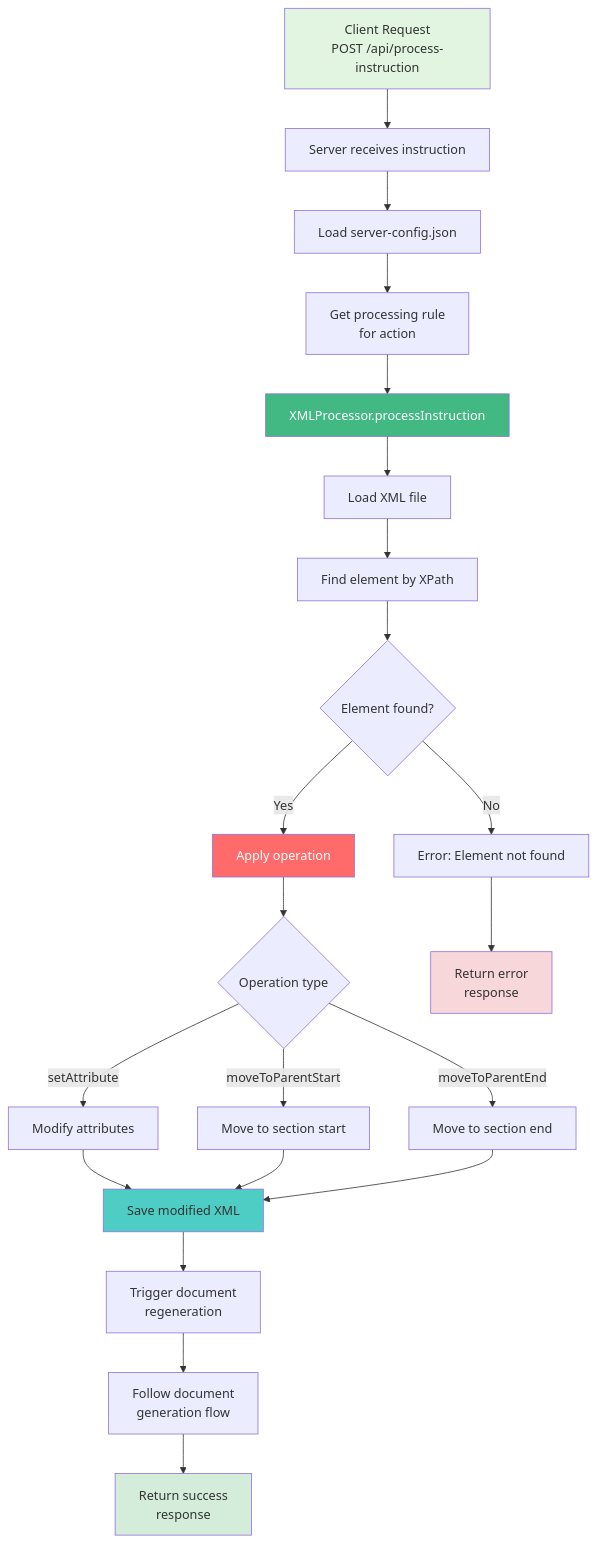
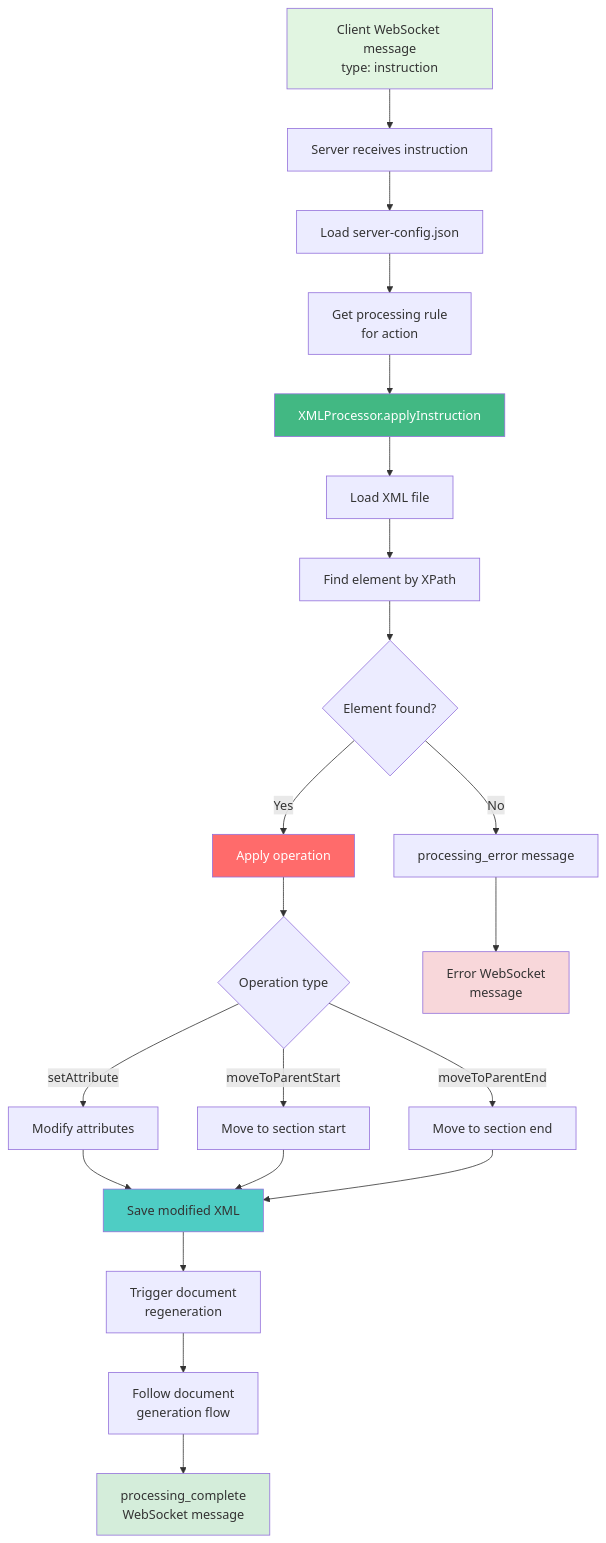
Before and after one commit to AmChella/prototype-pdf-object-overlay: the third of 3 diagrams in dev-docs/modules/SERVER.md, drawn with Mermaid. The commit also changed other lines of this file and 9 other files, not shown here.

````diff
--- a/dev-docs/modules/SERVER.md
+++ b/dev-docs/modules/SERVER.md
@@ -405,38 +540,38 @@
 ```mermaid
 flowchart TD
-    A[Client Request<br/>POST /api/process-instruction] --> B[Server receives instruction]
+    A[Client WebSocket message<br/>type: instruction] --> B[Server receives instruction]
     
     B --> C[Load server-config.json]
     C --> D[Get processing rule<br/>for action]
     
-    D --> E[XMLProcessor.processInstruction]
+    D --> E[XMLProcessor.applyInstruction]
     
     E --> F[Load XML file]
     F --> G[Find element by XPath]
     G --> H{Element found?}
     
     H -->|Yes| I[Apply operation]
-    H -->|No| J[Error: Element not found]
+    H -->|No| J[processing_error message]
     
     I --> K{Operation type}
     K -->|setAttribute| L[Modify attributes]
     K -->|moveToParentStart| M[Move to section start]
     K -->|moveToParentEnd| N[Move to section end]
     
     L --> O[Save modified XML]
     M --> O
     N --> O
     
     O --> P[Trigger document<br/>regeneration]
     P --> Q[Follow document<br/>generation flow]
     
-    Q --> R[Return success<br/>response]
-    J --> S[Return error<br/>response]
+    Q --> R[processing_complete<br/>WebSocket message]
+    J --> S[Error WebSocket<br/>message]
     
     style A fill:#e1f5e1
     style E fill:#42b883,color:#fff
     style I fill:#ff6b6b,color:#fff
     style O fill:#4ecdc4
     style R fill:#d4edda
     style S fill:#f8d7da
 ```
````
